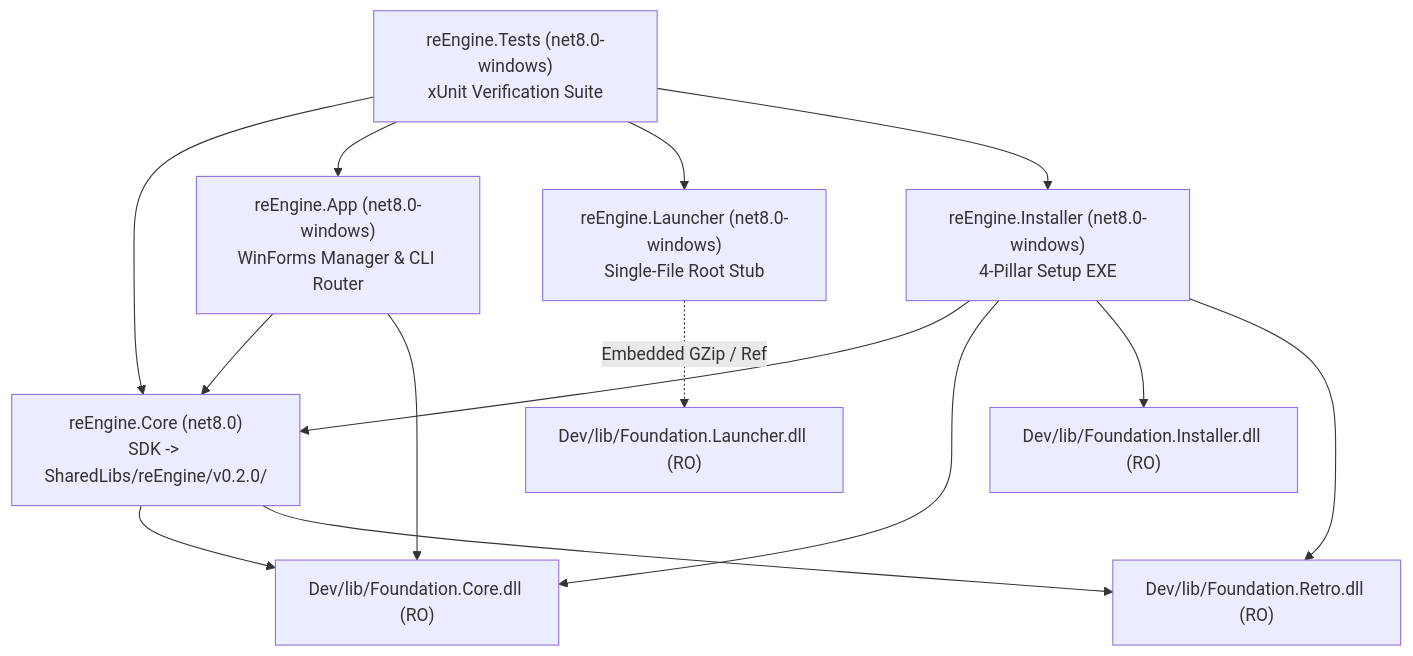
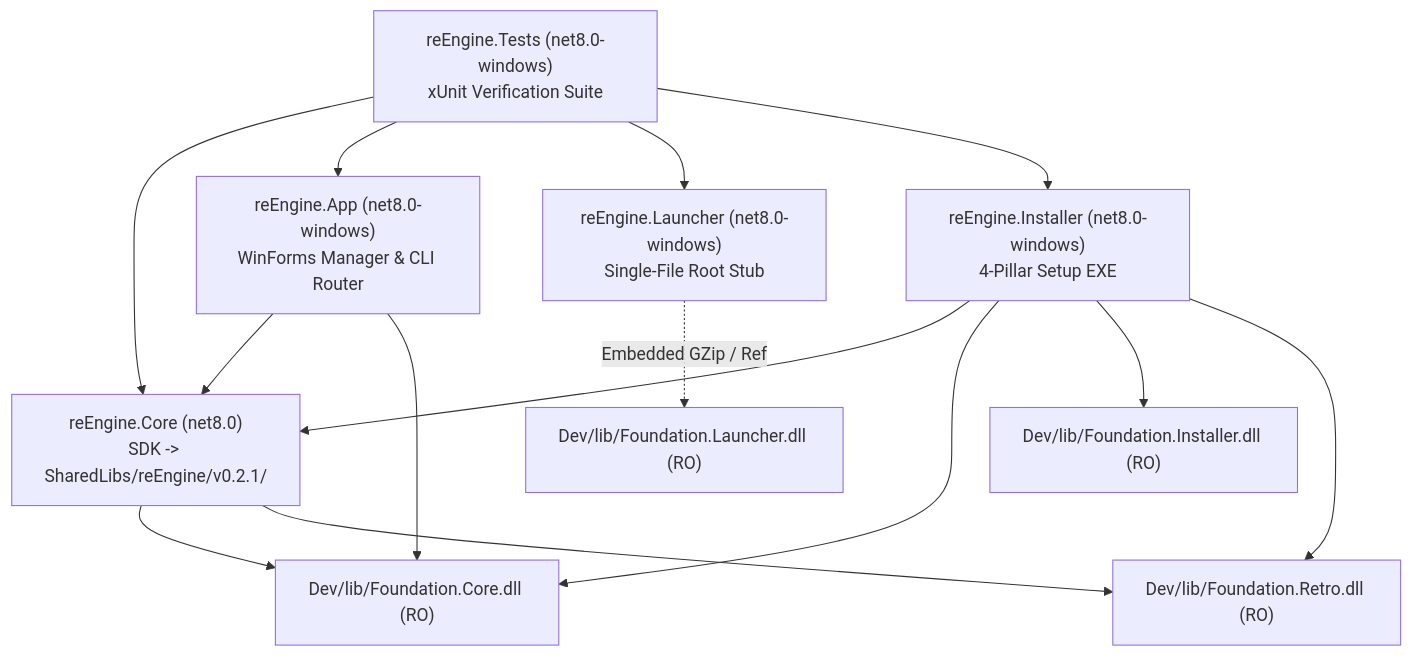
One commit to StreamItAllGit/reEngine changed the second of 2 diagrams in Dev/docs/ARCHITECTURE.md. Above: the diagram before and after it, drawn with Mermaid. The commit also changed other lines of this file and 19 other files, not shown here.

````diff
--- a/Dev/docs/ARCHITECTURE.md
+++ b/Dev/docs/ARCHITECTURE.md
@@ -41,27 +41,27 @@
 ```mermaid
 graph TD
     FC["Dev/lib/Foundation.Core.dll (RO)"]
     FR["Dev/lib/Foundation.Retro.dll (RO)"]
     FI["Dev/lib/Foundation.Installer.dll (RO)"]
     FL["Dev/lib/Foundation.Launcher.dll (RO)"]
 
-    Core["reEngine.Core (net8.0)\nSDK -> SharedLibs/reEngine/v0.2.0/"]
+    Core["reEngine.Core (net8.0)\nSDK -> SharedLibs/reEngine/v0.2.1/"]
     App["reEngine.App (net8.0-windows)\nWinForms Manager & CLI Router"]
     Launcher["reEngine.Launcher (net8.0-windows)\nSingle-File Root Stub"]
     Setup["reEngine.Installer (net8.0-windows)\n4-Pillar Setup EXE"]
     Tests["reEngine.Tests (net8.0-windows)\nxUnit Verification Suite"]
 
     Core --> FC
     Core --> FR
     App --> Core
     App --> FC
     Setup --> Core
     Setup --> FC
     Setup --> FI
     Setup --> FR
     Launcher -.->|Embedded GZip / Ref| FL
     Tests --> Core
     Tests --> App
     Tests --> Launcher
     Tests --> Setup
 ```
````
